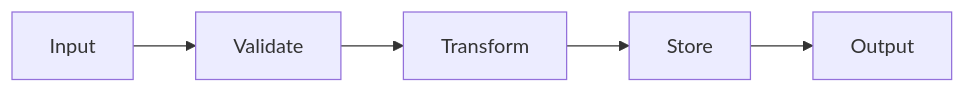
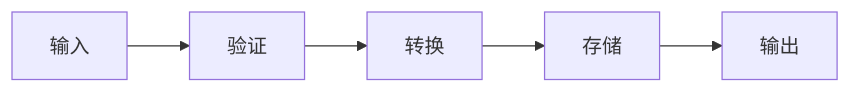
Before and after one commit to kingoliang/polyglot-engineering-claude-plugin: the fourth of 5 diagrams in templates/architecture/architecture-template.md, drawn with Mermaid. The commit also changed other lines of this file and 31 other files, not shown here.

````diff
--- a/templates/architecture/architecture-template.md
+++ b/templates/architecture/architecture-template.md
@@ -173,7 +173,7 @@
 ```mermaid
 flowchart LR
-    A[Input] --> B[Validate]
-    B --> C[Transform]
-    C --> D[Store]
-    D --> E[Output]
+    A[输入] --> B[验证]
+    B --> C[转换]
+    C --> D[存储]
+    D --> E[输出]
 ```
````
